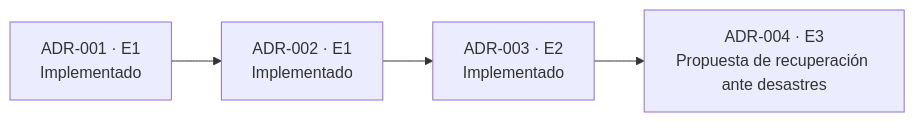
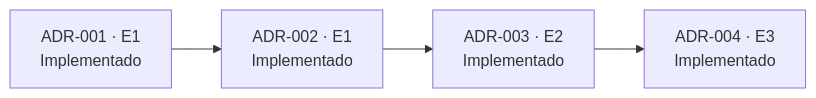
Before and after one commit to JohaoAndree/DevForge_Cloud: the second of 2 diagrams in docs/specs/context-master.md, drawn with Mermaid. The commit also changed other lines of this file and 1 other file, not shown here.

Commit message:
docs: alinear estado implementado de adr-004 en contexto maestro

````diff
--- a/docs/specs/context-master.md
+++ b/docs/specs/context-master.md
@@ -121,6 +121,6 @@
 ```mermaid
 flowchart LR
     A1["ADR-001 · E1<br/>Implementado"] --> A2["ADR-002 · E1<br/>Implementado"]
     A2 --> A3["ADR-003 · E2<br/>Implementado"]
-    A3 --> A4["ADR-004 · E3<br/>Propuesta de recuperación ante desastres"]
+    A3 --> A4["ADR-004 · E3<br/>Implementado"]
 ```
````
